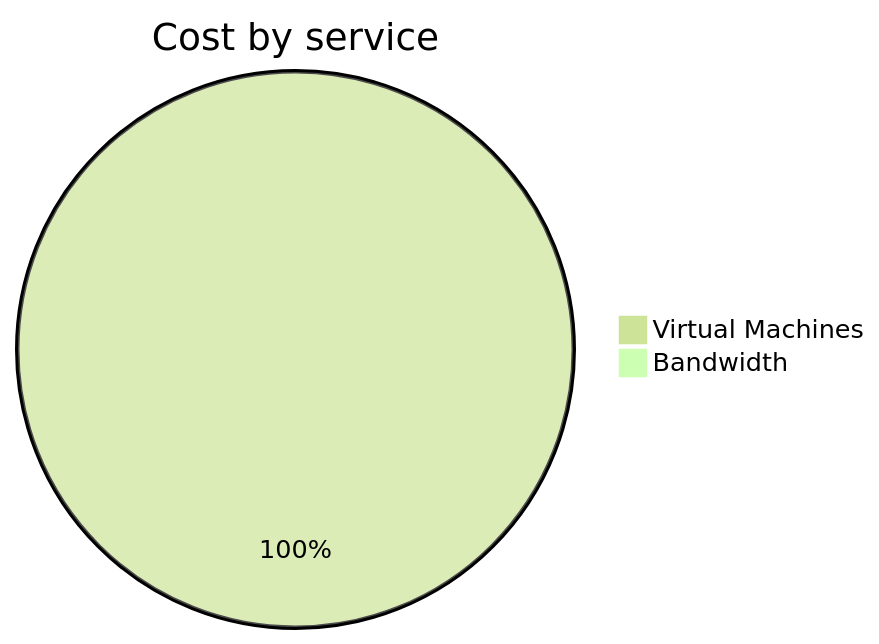
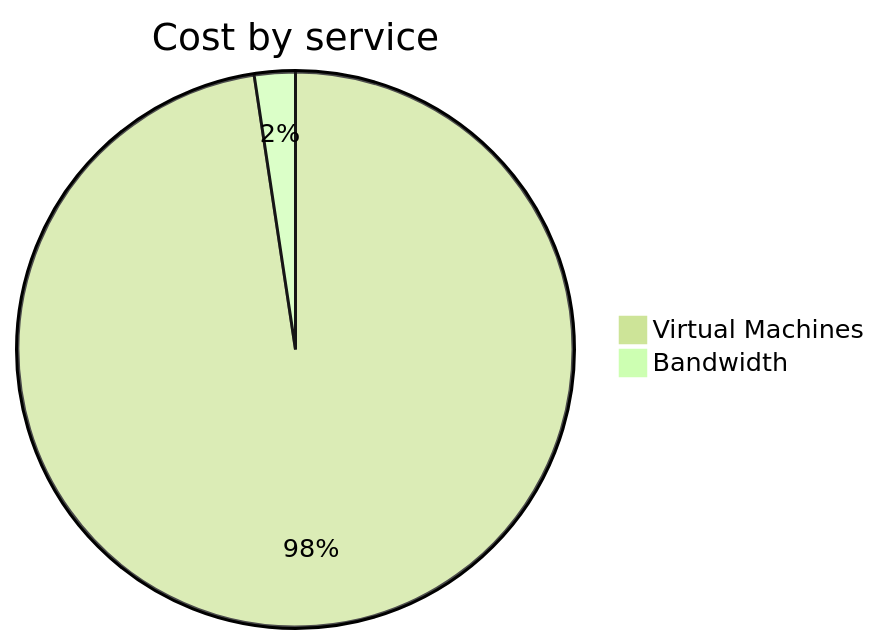
The second of 4 diagrams in cost-reports/personal-network/vpn-server.md (jpfulton/azure-personal-reports), drawn with Mermaid (forest theme) before and after one commit. The commit also changed other lines of this file and 9 other files, not shown here.

````diff
--- a/cost-reports/personal-network/vpn-server.md
+++ b/cost-reports/personal-network/vpn-server.md
@@ -66,6 +66,6 @@
 ```mermaid
 pie
    title Cost by service
-   "Virtual Machines" : 1.10
-   "Bandwidth" : 0.00
+   "Virtual Machines" : 1.23
+   "Bandwidth" : 0.03
 ```
````
